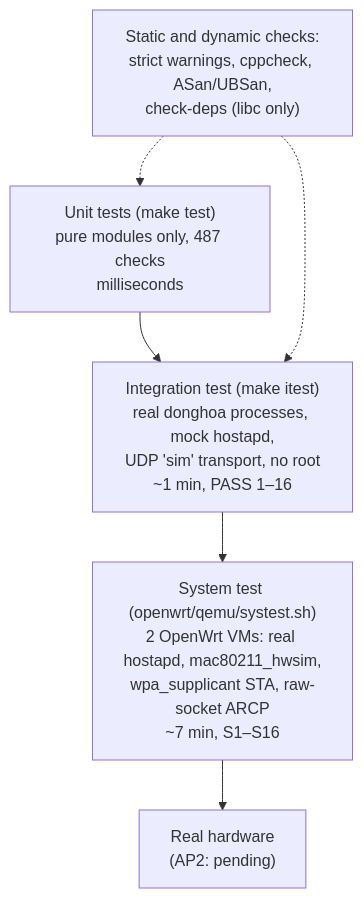
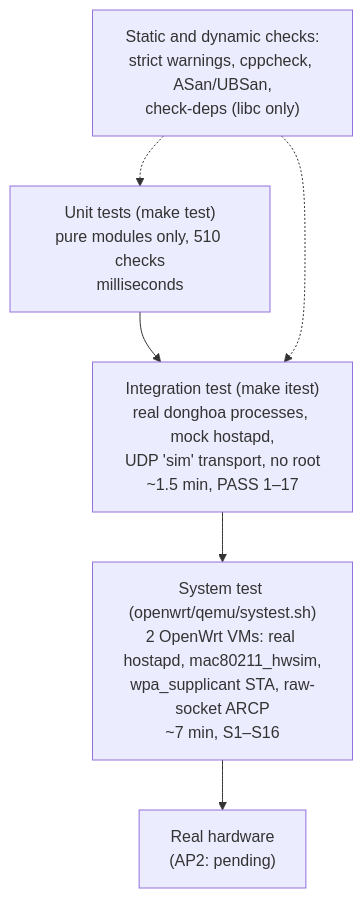
The diagram in docs/features/14-verification.md (ducndc/DongHoa), drawn with Mermaid before and after one commit. The commit also changed other lines of this file and 23 other files, not shown here.

````diff
--- a/docs/features/14-verification.md
+++ b/docs/features/14-verification.md
@@ -9,8 +9,8 @@
 ```mermaid
 flowchart TB
-    U["Unit tests (make test)<br/>pure modules only, 487 checks<br/>milliseconds"] --> I["Integration test (make itest)<br/>real donghoa processes, mock hostapd,<br/>UDP 'sim' transport, no root<br/>~1 min, PASS 1–16"]
+    U["Unit tests (make test)<br/>pure modules only, 510 checks<br/>milliseconds"] --> I["Integration test (make itest)<br/>real donghoa processes, mock hostapd,<br/>UDP 'sim' transport, no root<br/>~1.5 min, PASS 1–17"]
     I --> Q["System test (openwrt/qemu/systest.sh)<br/>2 OpenWrt VMs: real hostapd, mac80211_hwsim,<br/>wpa_supplicant STA, raw-socket ARCP<br/>~7 min, S1–S16"]
     Q --> H["Real hardware<br/>(AP2: pending)"]
     S["Static and dynamic checks:<br/>strict warnings, cppcheck, ASan/UBSan,<br/>check-deps (libc only)"] -.-> U
     S -.-> I
 ```
````
